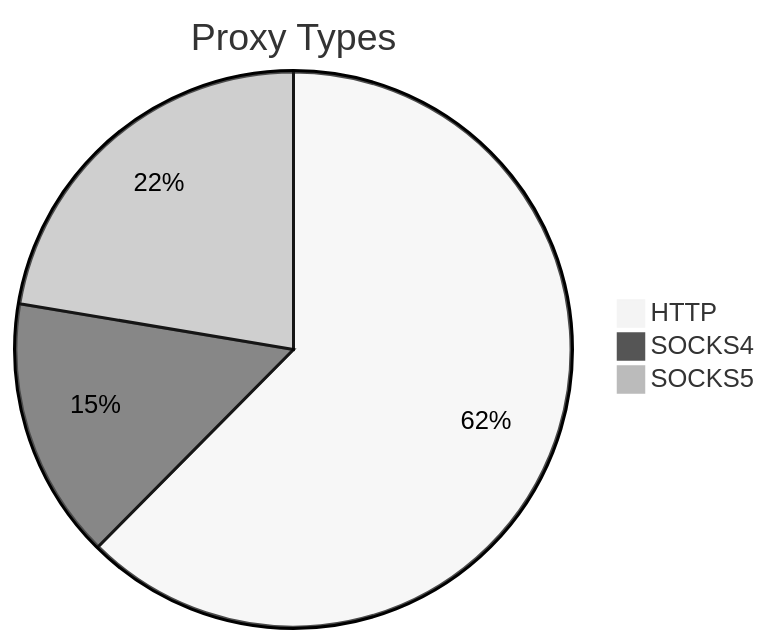
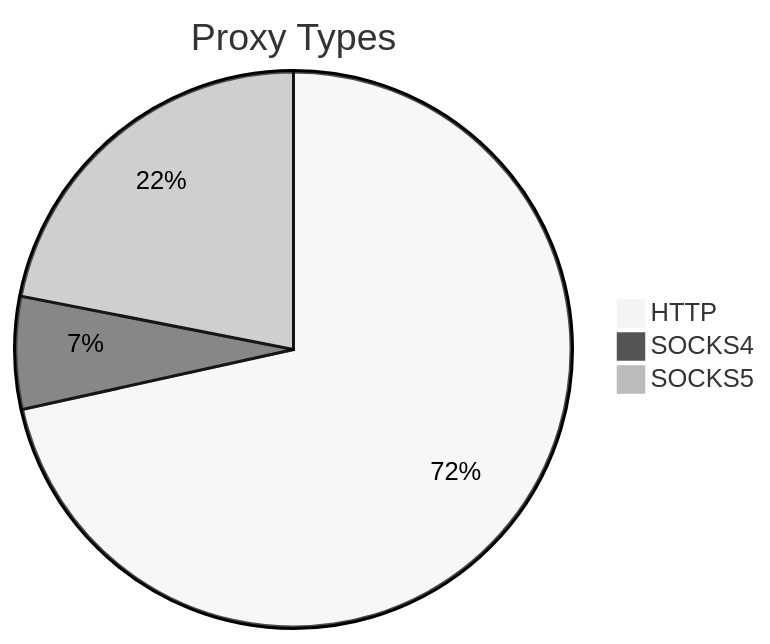
One commit to stormsia/proxy-list changed the first of 2 diagrams in README.md. Above: the diagram before and after it, drawn with Mermaid (neutral theme). The commit also changed other lines of this file, not shown here.

````diff
--- a/README.md
+++ b/README.md
@@ -21,6 +21,6 @@
 ```mermaid
 pie title Proxy Types
-    "HTTP" : 201
-    "SOCKS4" : 49
-    "SOCKS5" : 72
+    "HTTP" : 186
+    "SOCKS4" : 17
+    "SOCKS5" : 57
 ```
````
